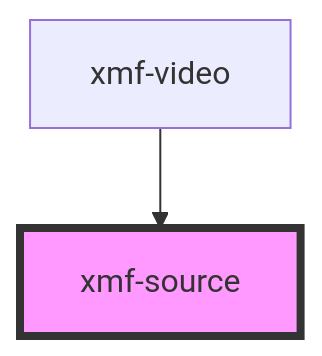
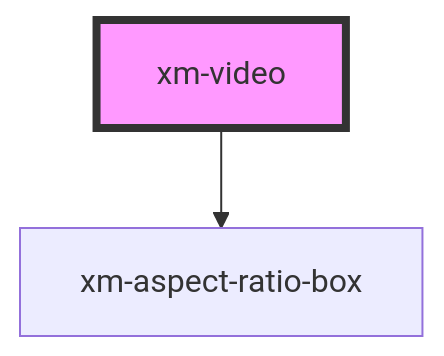
One commit to openHPI/xikolo-video-player changed the diagram in src/components/video/readme.md. Above: the diagram before and after it, drawn with Mermaid. The commit also changed other lines of this file and 4 other files, not shown here.

````diff
--- a/src/components/video/readme.md
+++ b/src/components/video/readme.md
@@ -74,5 +95,5 @@
 ```mermaid
 graph TD;
-  xmf-video --> xmf-source
-  style xmf-source fill:#f9f,stroke:#333,stroke-width:4px
+  xm-video --> xm-aspect-ratio-box
+  style xm-video fill:#f9f,stroke:#333,stroke-width:4px
 ```
````
